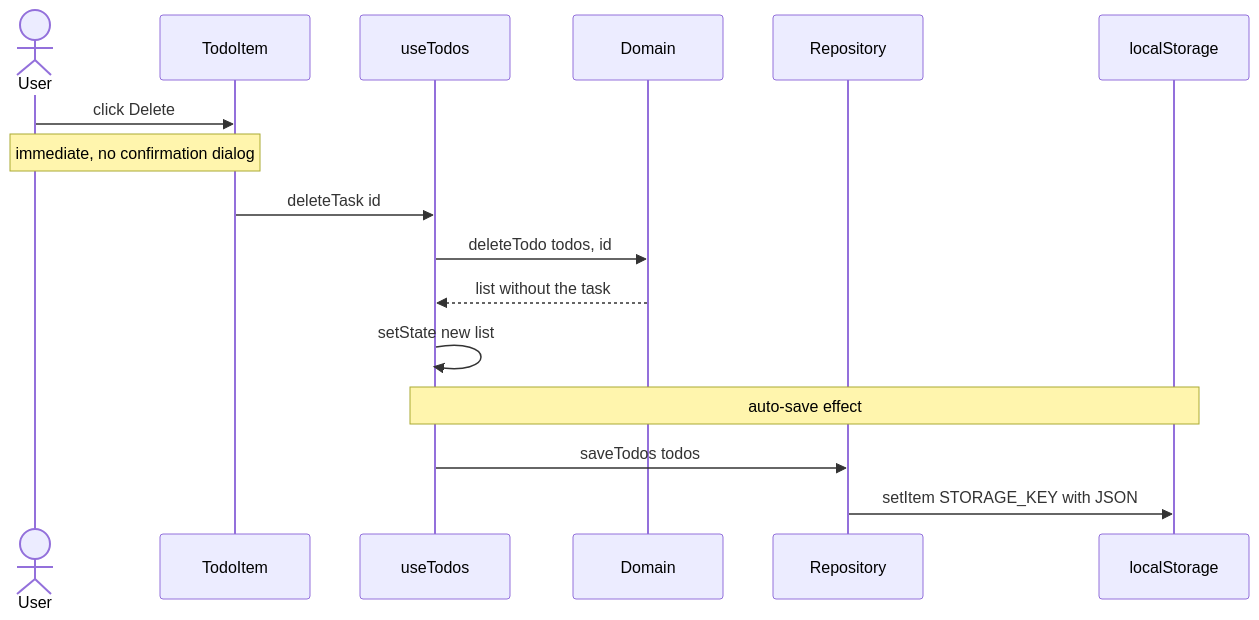
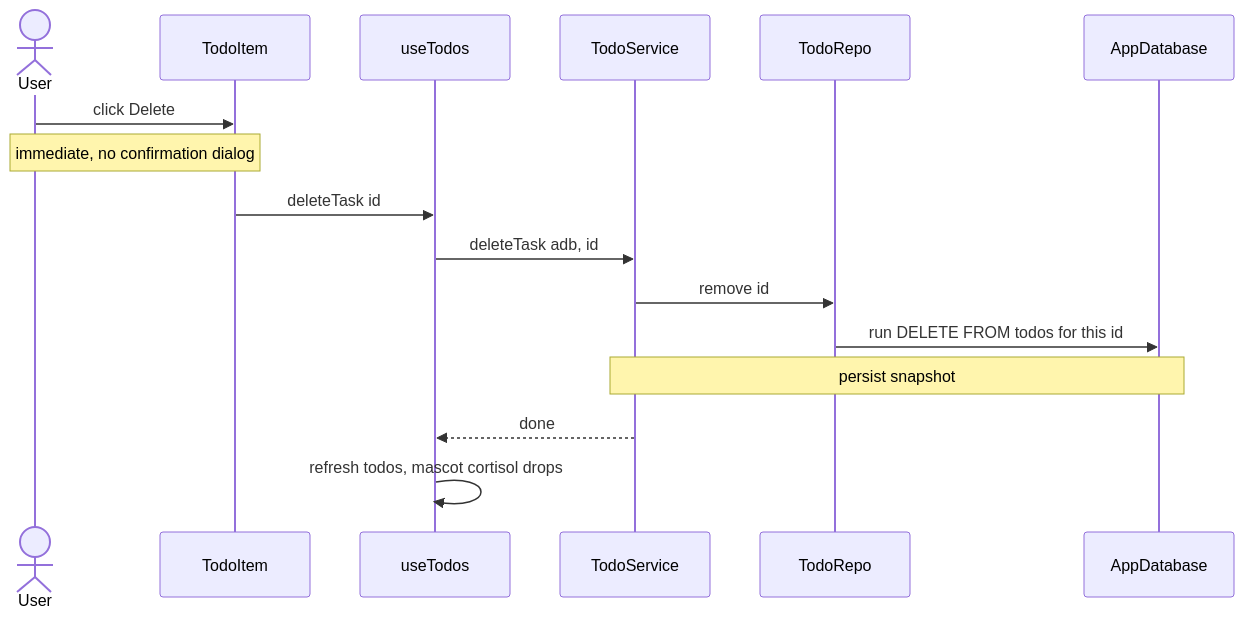
Before and after one commit to Kopi-O-Kosong-Beng/ShopBack_AI-Assisted-App: the fifth of 11 diagrams in specs/05-sequence-diagrams.md, drawn with Mermaid. The commit also changed other lines of this file and 6 other files, not shown here.

````diff
--- a/specs/05-sequence-diagrams.md
+++ b/specs/05-sequence-diagrams.md
@@ -126,19 +187,19 @@
 ```mermaid
 sequenceDiagram
     actor User
     participant Item as TodoItem
     participant Hook as useTodos
-    participant Domain
-    participant Repo as Repository
-    participant LS as localStorage
+    participant Svc as TodoService
+    participant TodoRepo
+    participant DB as AppDatabase
 
     User->>Item: click Delete
     Note over User,Item: immediate, no confirmation dialog
     Item->>Hook: deleteTask id
-    Hook->>Domain: deleteTodo todos, id
-    Domain-->>Hook: list without the task
-    Hook->>Hook: setState new list
-    Note over Hook,LS: auto-save effect
-    Hook->>Repo: saveTodos todos
-    Repo->>LS: setItem STORAGE_KEY with JSON
+    Hook->>Svc: deleteTask adb, id
+    Svc->>TodoRepo: remove id
+    TodoRepo->>DB: run DELETE FROM todos for this id
+    Note over Svc,DB: persist snapshot
+    Svc-->>Hook: done
+    Hook->>Hook: refresh todos, mascot cortisol drops
 ```
````
